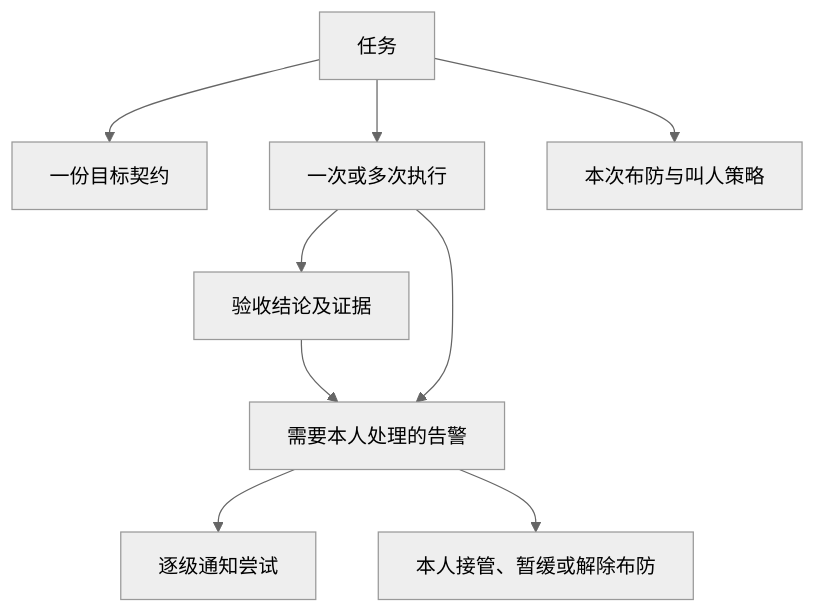
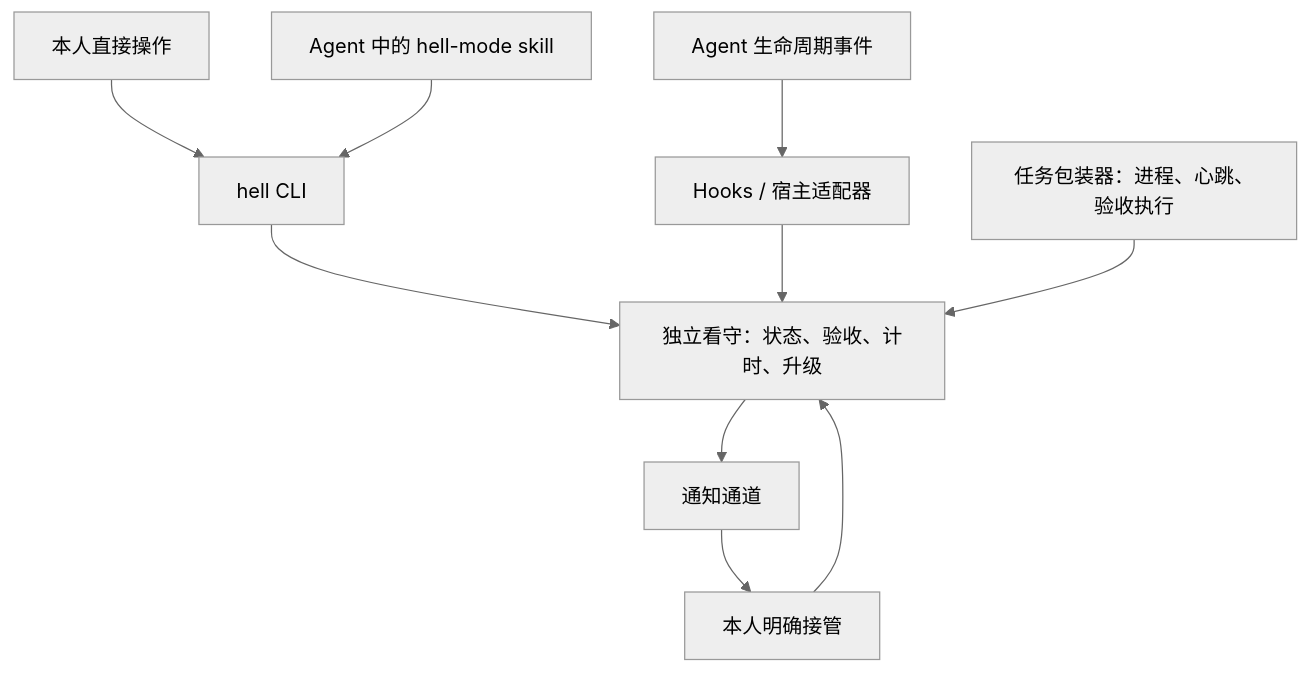
Before and after one commit to dszdsxc19/hell-mode: the first of 2 diagrams in docs/mvp.md, drawn with Mermaid (neutral theme). The commit also changed other lines of this file and 2 other files, not shown here.

Commit message:
docs: define CLI hooks and skill architecture

````diff
--- a/docs/mvp.md
+++ b/docs/mvp.md
@@ -25,11 +19,12 @@
 ```mermaid
 flowchart TD
-    Task[任务] --> Contract[一份目标契约]
-    Task --> Run[一次或多次执行]
-    Run --> Verdict[验收结论及证据]
-    Task --> Arm[本次布防与叫人策略]
-    Verdict --> Incident[需要本人处理的告警]
-    Run --> Incident
-    Incident --> Attempts[逐级通知尝试]
-    Incident --> Action[本人接管、暂缓或解除布防]
+    Human[本人直接操作] --> CLI[hell CLI]
+    Skill[Agent 中的 hell-mode skill] --> CLI
+    Agent[Agent 生命周期事件] --> Hooks[Hooks / 宿主适配器]
+    CLI --> Watchdog[独立看守：状态、验收、计时、升级]
+    Hooks --> Watchdog
+    Runner[任务包装器：进程、心跳、验收执行] --> Watchdog
+    Watchdog --> Channels[通知通道]
+    Channels --> Takeover[本人明确接管]
+    Takeover --> Watchdog
 ```
````
